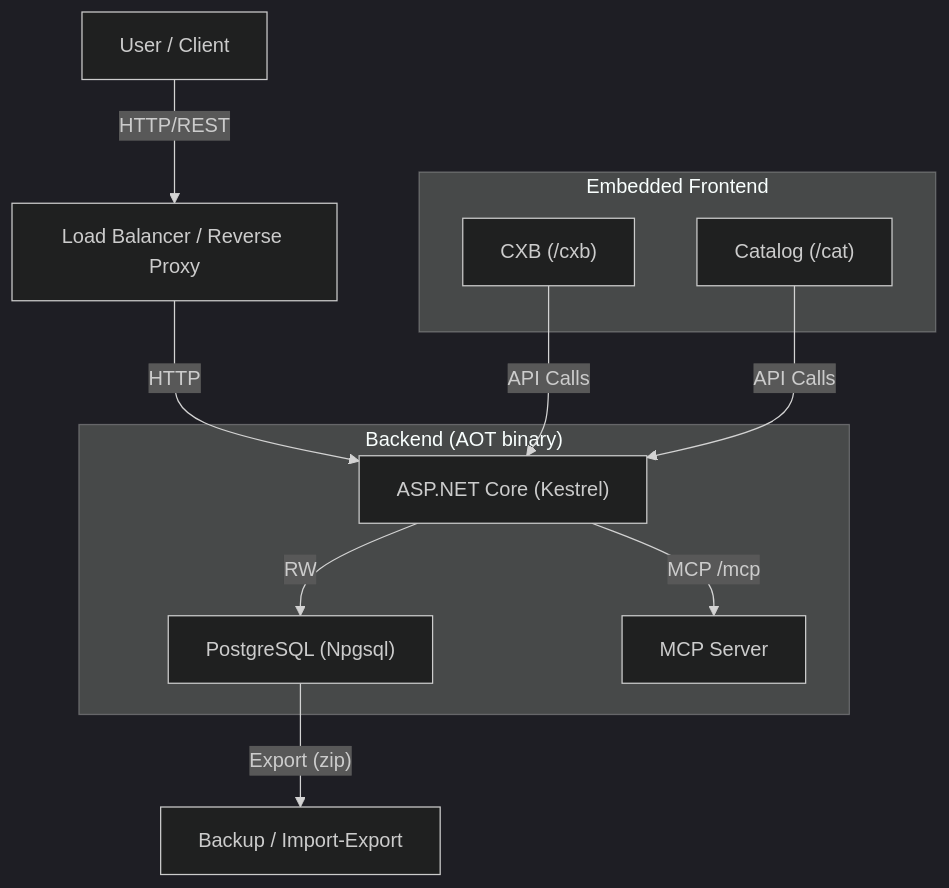
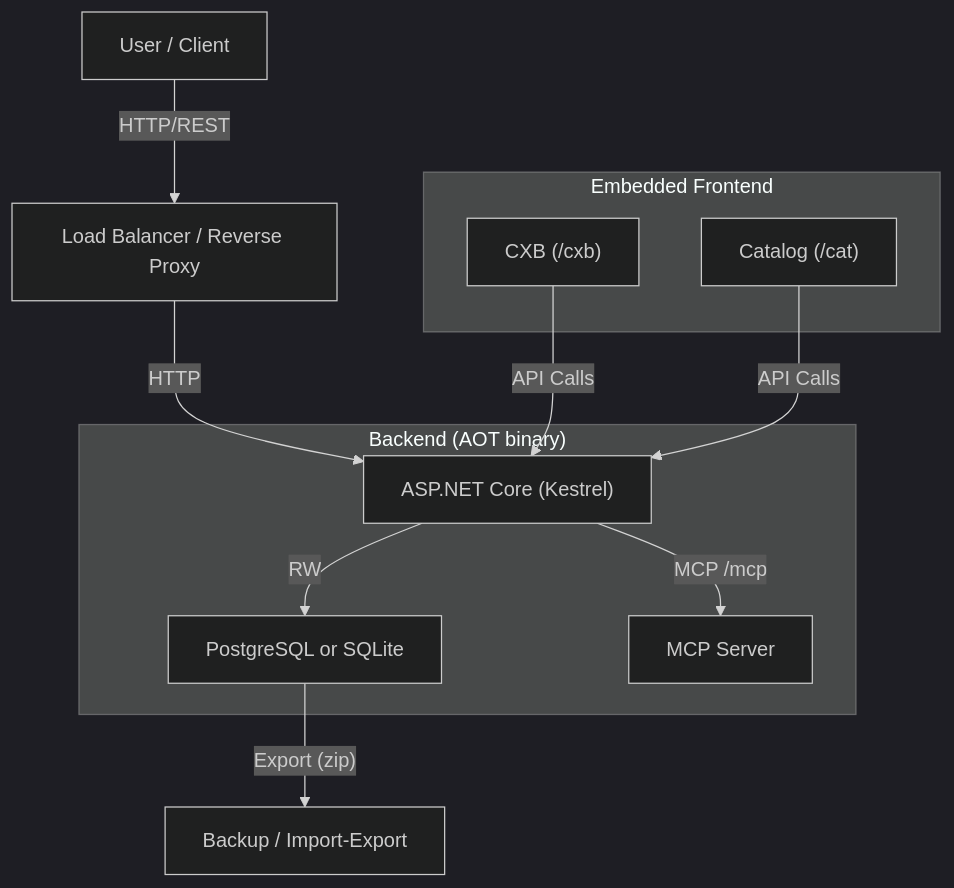
The first of 2 diagrams in pack/space/pages/technical.md (edraj/website), drawn with Mermaid (dark theme) before and after one commit. The commit also changed other lines of this file and 13 other files, not shown here.

````diff
--- a/pack/space/pages/technical.md
+++ b/pack/space/pages/technical.md
@@ -9,17 +9,17 @@
 ```mermaid
 graph TD
     User["User / Client"] -->|"HTTP/REST"| LB["Load Balancer / Reverse Proxy"]
     LB -->|HTTP| API["ASP.NET Core (Kestrel)"]
 
     subgraph "Backend (AOT binary)"
-        API -->|RW| SQL["PostgreSQL (Npgsql)"]
+        API -->|RW| SQL["PostgreSQL or SQLite"]
         API -->|"MCP /mcp"| MCP["MCP Server"]
     end
 
     subgraph "Embedded Frontend"
         CXB["CXB (/cxb)"] -->|"API Calls"| API
         CAT["Catalog (/cat)"] -->|"API Calls"| API
     end
 
     SQL -->|"Export (zip)"| Backup["Backup / Import-Export"]
 ```
````
